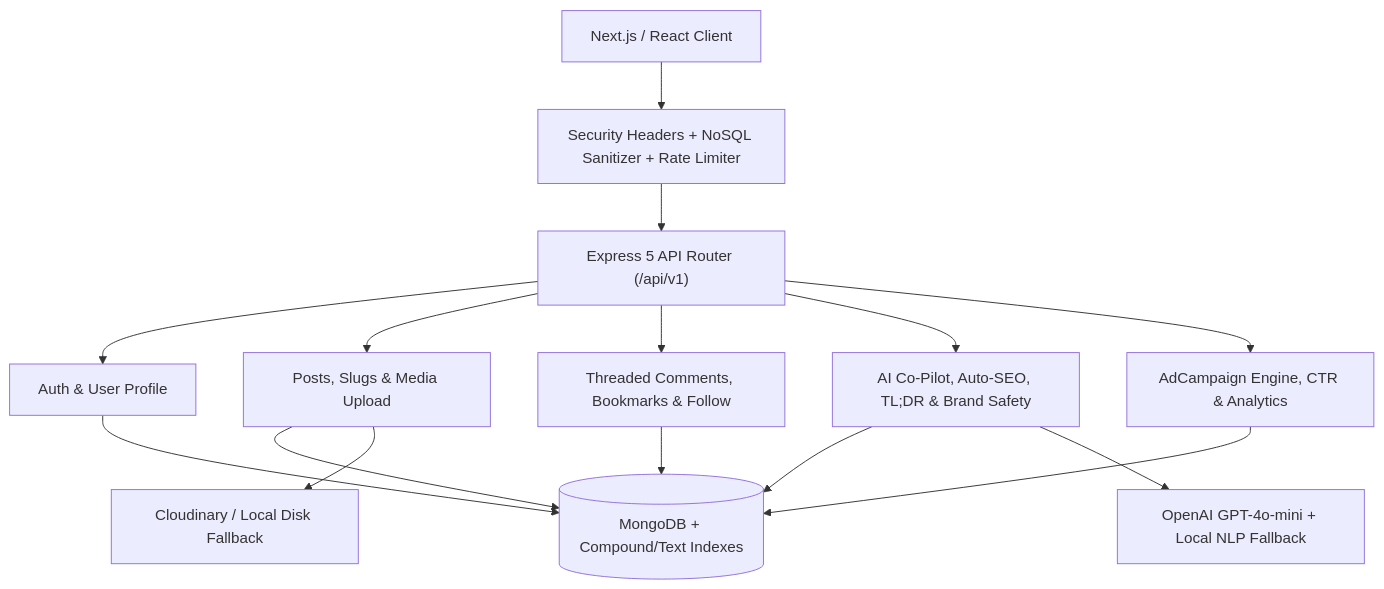
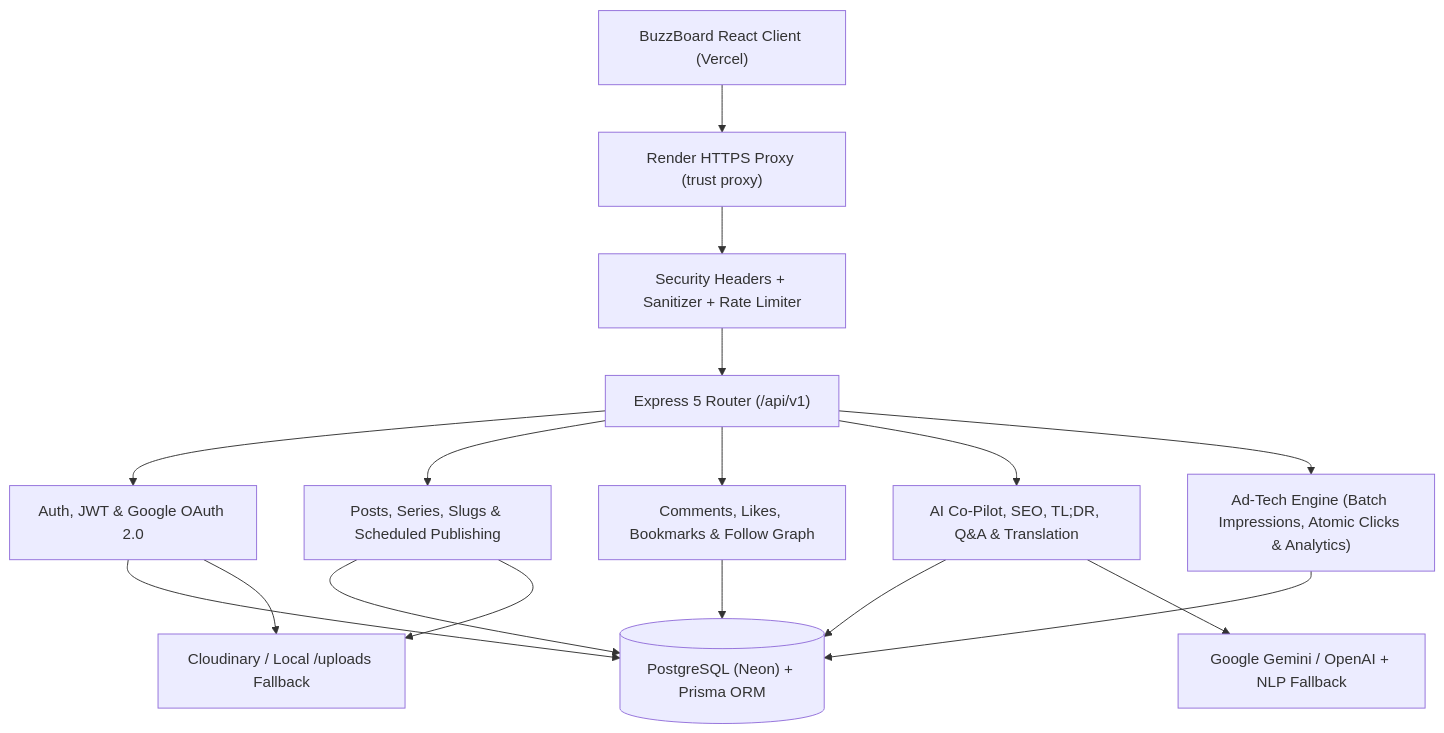
Before and after one commit to Ashraful2880/BuzzBoard-BackEnd: the diagram in README.md, drawn with Mermaid. The commit also changed other lines of this file and 3 other files, not shown here.

````diff
--- a/README.md
+++ b/README.md
@@ -31,15 +34,16 @@
 ```mermaid
 flowchart TD
-    Client["Next.js / React Client"] --> Security["Security Headers + NoSQL Sanitizer + Rate Limiter"]
-    Security --> Router["Express 5 API Router (/api/v1)"]
+    Client["BuzzBoard React Client (Vercel)"] --> Proxy["Render HTTPS Proxy (trust proxy)"]
+    Proxy --> Security["Security Headers + Sanitizer + Rate Limiter"]
+    Security --> Router["Express 5 Router (/api/v1)"]
 
-    Router --> Auth["Auth & User Profile"]
-    Router --> Posts["Posts, Slugs & Media Upload"]
-    Router --> Community["Threaded Comments, Bookmarks & Follow"]
-    Router --> AI["AI Co-Pilot, Auto-SEO, TL;DR & Brand Safety"]
-    Router --> AdTech["AdCampaign Engine, CTR & Analytics"]
+    Router --> Auth["Auth, JWT & Google OAuth 2.0"]
+    Router --> Posts["Posts, Series, Slugs & Scheduled Publishing"]
+    Router --> Engage["Comments, Likes, Bookmarks & Follow Graph"]
+    Router --> AI["AI Co-Pilot, SEO, TL;DR, Q&A & Translation"]
+    Router --> Ads["Ad-Tech Engine (Batch Impressions, Atomic Clicks & Analytics)"]
 
-    Auth & Posts & Community & AI & AdTech --> MongoDB[("MongoDB + Compound/Text Indexes")]
-    Posts --> Media["Cloudinary / Local Disk Fallback"]
-    AI --> LLM["OpenAI GPT-4o-mini + Local NLP Fallback"]
+    Auth & Posts & Engage & AI & Ads --> DB[("PostgreSQL (Neon) + Prisma ORM")]
+    Auth & Posts --> Media["Cloudinary / Local /uploads Fallback"]
+    AI --> LLM["Google Gemini / OpenAI + NLP Fallback"]
 ```
````
